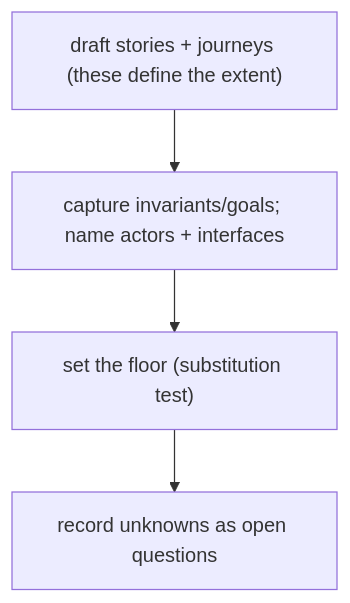
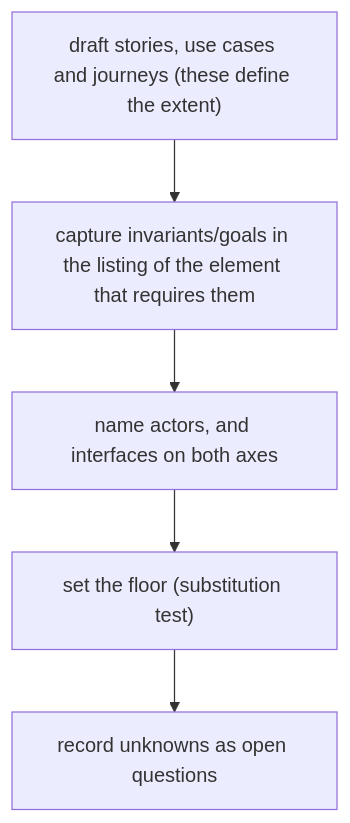
One commit to phillipgreenii/nix-agent-support changed the first of 3 diagrams in behavior-docs/docs/behavior/journeys.md. Above: the diagram before and after it, drawn with Mermaid. The commit also changed other lines of this file and 15 other files, not shown here.

````diff
--- a/behavior-docs/docs/behavior/journeys.md
+++ b/behavior-docs/docs/behavior/journeys.md
@@ -51,6 +100,7 @@
 ```mermaid
 flowchart TD
-    sj["draft stories + journeys (these define the extent)"] --> rules["capture invariants/goals; name actors + interfaces"]
-    rules --> floor["set the floor (substitution test)"]
+    sj["draft stories, use cases and journeys (these define the extent)"] --> rules["capture invariants/goals in the listing of the element that requires them"]
+    rules --> names["name actors, and interfaces on both axes"]
+    names --> floor["set the floor (substitution test)"]
     floor --> gaps["record unknowns as open questions"]
 ```
````
